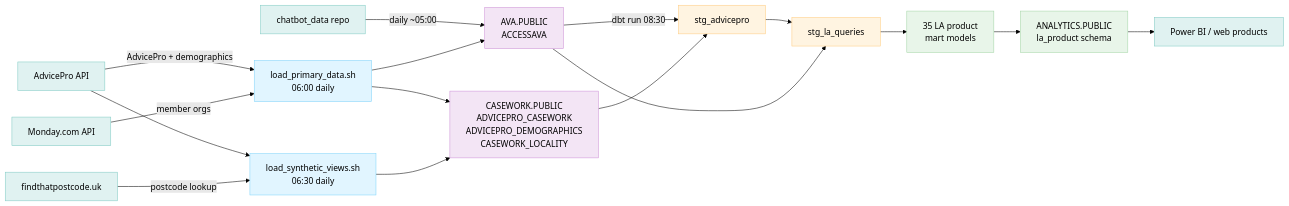
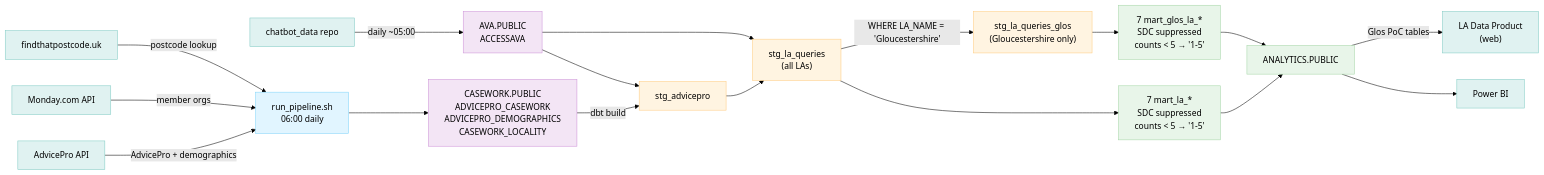
Before and after one commit to access-social-care/dbt-asc: the diagram in README.md, drawn with Mermaid (forest theme). The commit also changed other lines of this file and 40 other files, not shown here.

First line of the commit message:
feat: LA data product PoC -- full model stack + loader restructure (#9)

````diff
--- a/README.md
+++ b/README.md
@@ -11,44 +13,48 @@
 ```mermaid
 graph LR
     AP["AdvicePro API"]:::external
     MON["Monday.com API"]:::external
     FTPC["findthatpostcode.uk"]:::external
     CBD["chatbot_data repo"]:::external
 
-    LPD["load_primary_data.sh<br>06:00 daily"]:::process
-    LSV["load_synthetic_views.sh<br>06:30 daily"]:::process
+    RPN["run_pipeline.sh<br>06:00 daily"]:::process
 
     AVA["AVA.PUBLIC<br>ACCESSAVA"]:::source
     CW["CASEWORK.PUBLIC<br>ADVICEPRO_CASEWORK<br>ADVICEPRO_DEMOGRAPHICS<br>CASEWORK_LOCALITY"]:::source
 
     STG1["stg_advicepro"]:::product
-    STG2["stg_la_queries"]:::product
-    MART["35 LA product<br>mart models"]:::final
-    ANA["ANALYTICS.PUBLIC<br>la_product schema"]:::final
+    STG2["stg_la_queries<br>(all LAs)"]:::product
+    GLOS["stg_la_queries_glos<br>(Gloucestershire only)"]:::product
 
-    WEB["Power BI / web products"]:::external
+    MART["7 mart_la_*<br>SDC suppressed<br>counts &lt; 5 → '1-5'"]:::final
+    MARTG["7 mart_glos_la_*<br>SDC suppressed<br>counts &lt; 5 → '1-5'"]:::final
+    ANA["ANALYTICS.PUBLIC"]:::final
 
-    AP -->|"AdvicePro + demographics"| LPD
-    MON -->|"member orgs"| LPD
-    AP --> LSV
-    FTPC -->|"postcode lookup"| LSV
+    PBI["Power BI"]:::external
+    LAP["LA Data Product<br>(web)"]:::external
+
+    AP -->|"AdvicePro + demographics"| RPN
+    MON -->|"member orgs"| RPN
+    FTPC -->|"postcode lookup"| RPN
     CBD -->|"daily ~05:00"| AVA
 
-    LPD --> CW
-    LPD --> AVA
-    LSV --> CW
+    RPN --> CW
 
-    AVA -->|"dbt run 08:30"| STG1
-    CW --> STG1
+    AVA --> STG1
+    CW -->|"dbt build"| STG1
     STG1 --> STG2
     AVA --> STG2
     STG2 --> MART
+    STG2 -->|"WHERE LA_NAME = 'Gloucestershire'"| GLOS
+    GLOS --> MARTG
     MART --> ANA
-    ANA --> WEB
+    MARTG --> ANA
+    ANA --> PBI
+    ANA -->|"Glos PoC tables"| LAP
 
     classDef external fill:#e0f2f1,stroke:#80cbc4
     classDef process fill:#e1f5ff,stroke:#81d4fa
     classDef source fill:#f3e5f5,stroke:#ce93d8
     classDef product fill:#fff4e1,stroke:#ffcc80
     classDef final fill:#e8f5e9,stroke:#a5d6a7
 ```
````
